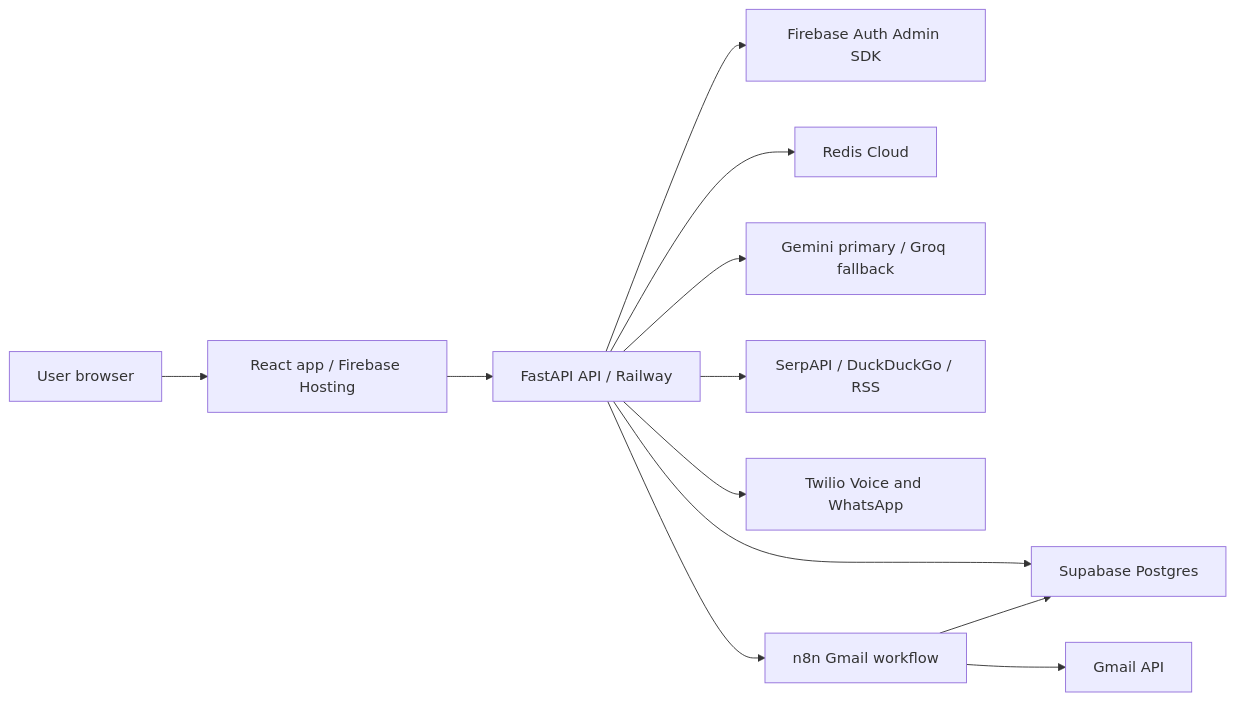
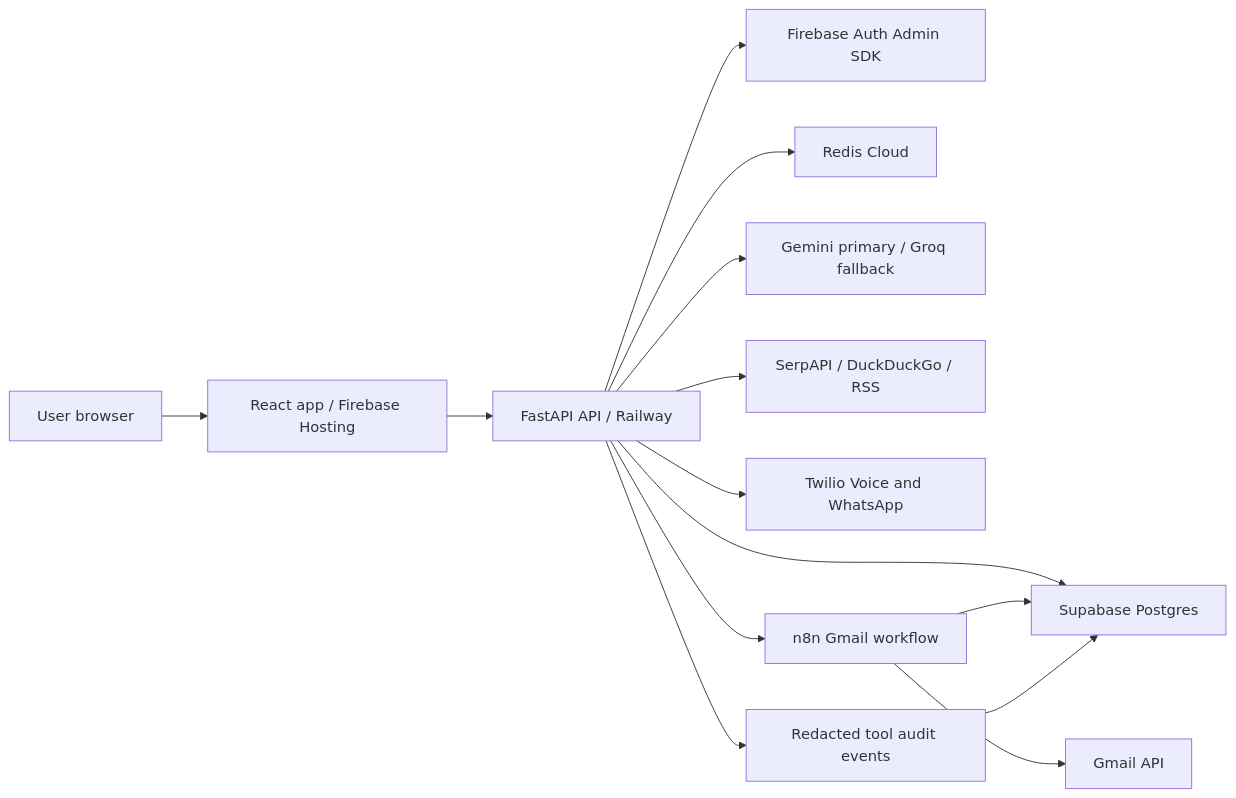
One commit to saikiranpulagalla/AgentCoolie changed the first of 4 diagrams in README.md. Above: the diagram before and after it, drawn with Mermaid. The commit also changed other lines of this file and 10 other files, not shown here.

````diff
--- a/README.md
+++ b/README.md
@@ -80,15 +163,17 @@
 ```mermaid
 flowchart LR
   User["User browser"] --> Frontend["React app / Firebase Hosting"]
   Frontend --> Backend["FastAPI API / Railway"]
 
   Backend --> Firebase["Firebase Auth Admin SDK"]
   Backend --> Supabase["Supabase Postgres"]
   Backend --> Redis["Redis Cloud"]
   Backend --> LLM["Gemini primary / Groq fallback"]
   Backend --> Search["SerpAPI / DuckDuckGo / RSS"]
   Backend --> Twilio["Twilio Voice and WhatsApp"]
   Backend --> N8N["n8n Gmail workflow"]
+  Backend --> Audit["Redacted tool audit events"]
   N8N --> Gmail["Gmail API"]
   N8N --> Supabase
+  Audit --> Supabase
 ```
````
